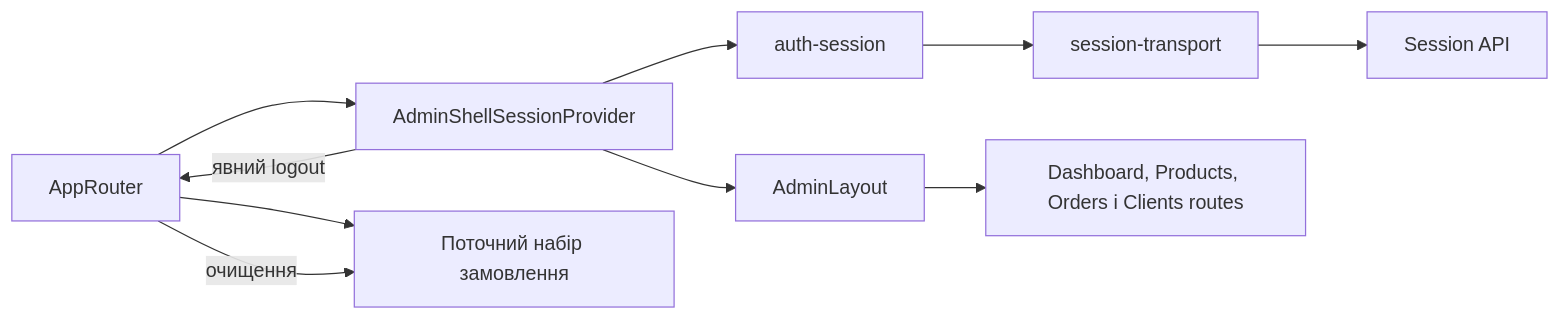
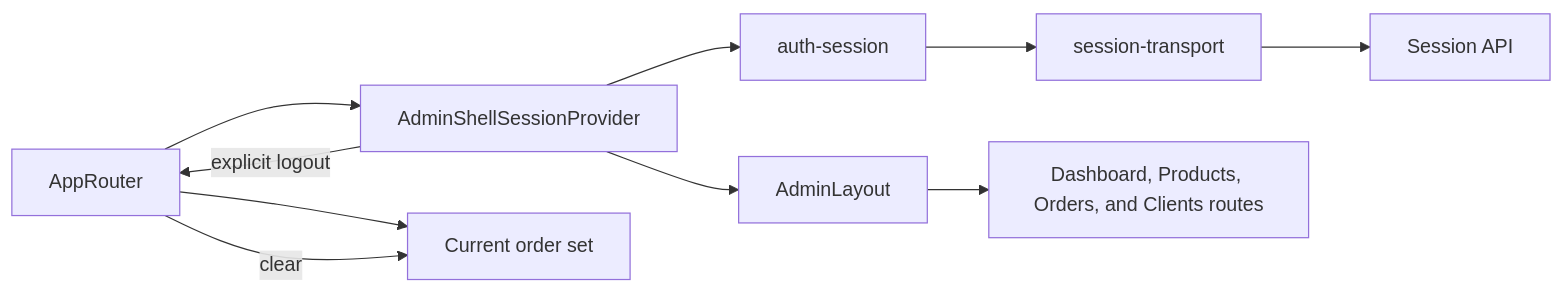
Before and after one commit to Weretik/kedr-web: the diagram in docs/features/admin/session.md, drawn with Mermaid. The commit also changed other lines of this file and 95 other files, not shown here.

Commit message:
docs(frontend): reconcile architecture and feature guidance

````diff
--- a/docs/features/admin/session.md
+++ b/docs/features/admin/session.md
@@ -10,12 +10,12 @@
 ```mermaid
 flowchart LR
 Router["AppRouter"] --> Provider["AdminShellSessionProvider"]
 Provider --> Layout["AdminLayout"]
 Provider --> Session["auth-session"]
 Session --> Transport["session-transport"]
 Transport --> API["Session API"]
-Layout --> Routes["Dashboard, Products, Orders і Clients routes"]
-Router --> Local["Поточний набір замовлення"]
-Provider -->|явний logout| Router
-Router -->|очищення| Local
+Layout --> Routes["Dashboard, Products, Orders, and Clients routes"]
+Router --> Local["Current order set"]
+Provider -->|explicit logout| Router
+Router -->|clear| Local
 ```
````
